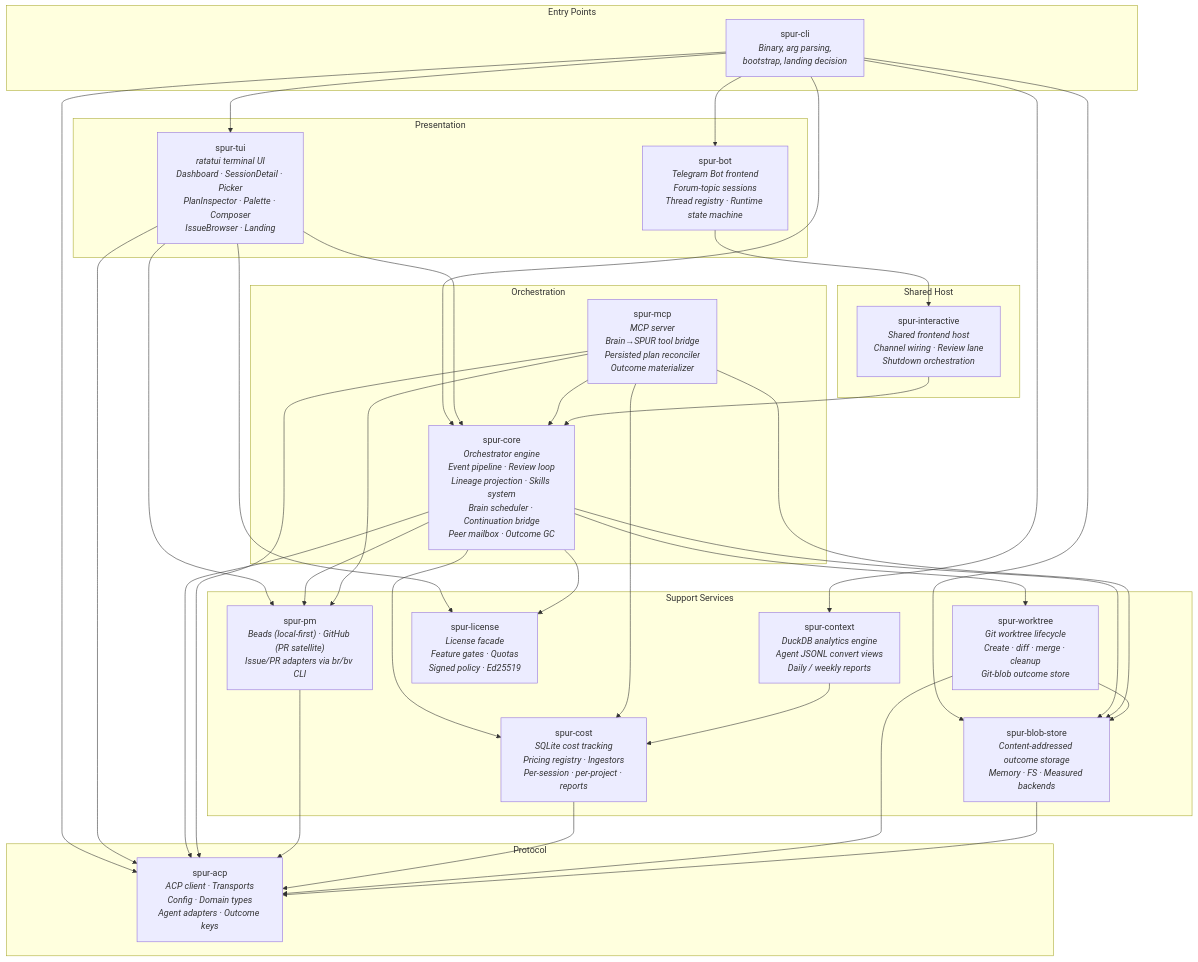
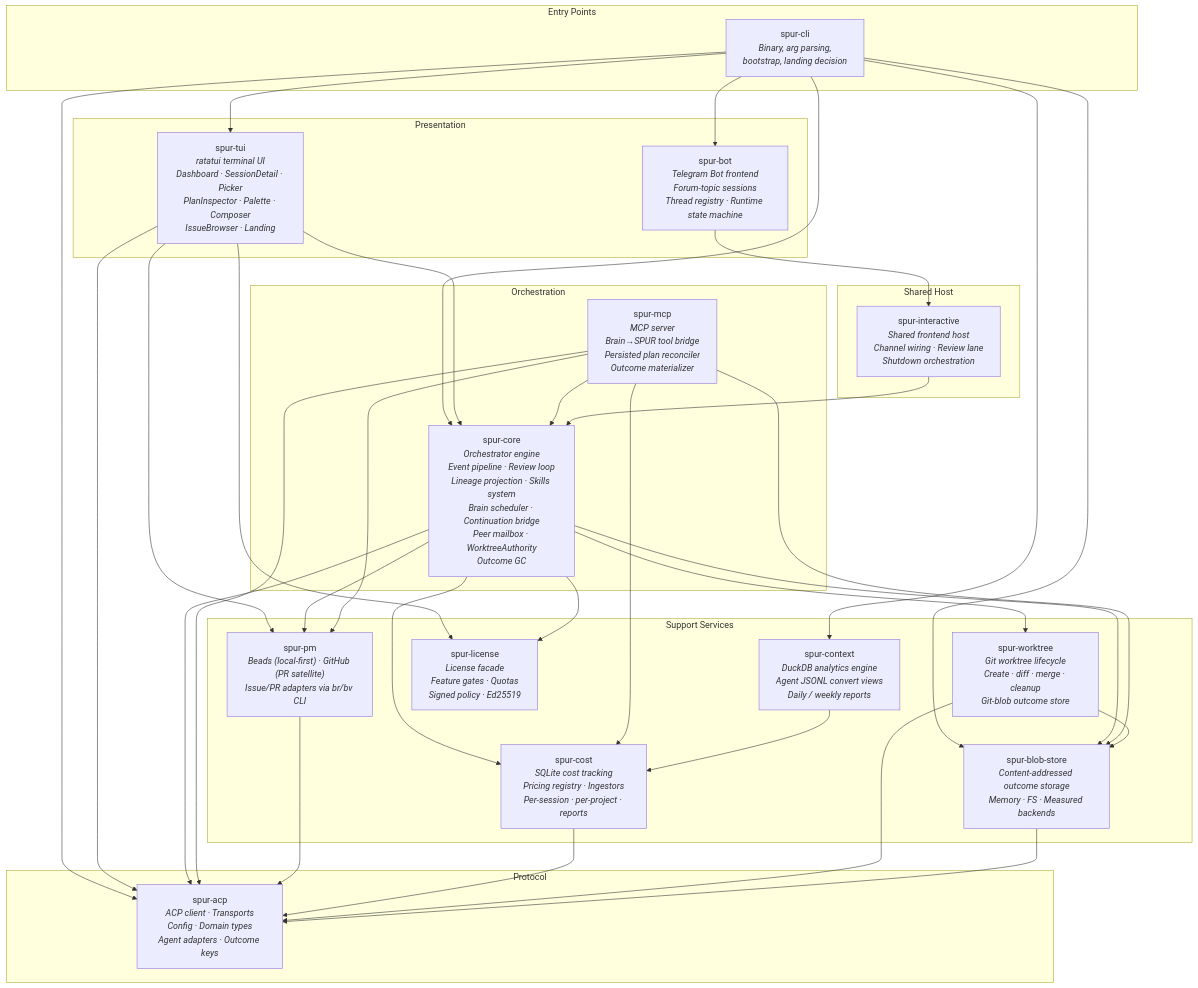
One commit to getspur/spur changed the first of 8 diagrams in docs/architecture.md. Above: the diagram before and after it, drawn with Mermaid. The commit also changed other lines of this file and 1 other file, not shown here.

Commit message:
docs(architecture): bd-arch.26 ground WorktreeAuthority + Risk #4 MCTS evaluation

````diff
--- a/docs/architecture.md
+++ b/docs/architecture.md
@@ -11,63 +11,63 @@
 ```mermaid
 graph TB
     subgraph "Entry Points"
         CLI["spur-cli<br/><i>Binary, arg parsing,<br/>bootstrap, landing decision</i>"]
     end
 
     subgraph "Presentation"
         TUI["spur-tui<br/><i>ratatui terminal UI<br/>Dashboard · SessionDetail · Picker<br/>PlanInspector · Palette · Composer<br/>IssueBrowser · Landing</i>"]
         BOT["spur-bot<br/><i>Telegram Bot frontend<br/>Forum-topic sessions<br/>Thread registry · Runtime state machine</i>"]
     end
 
     subgraph "Orchestration"
-        CORE["spur-core<br/><i>Orchestrator engine<br/>Event pipeline · Review loop<br/>Lineage projection · Skills system<br/>Brain scheduler · Continuation bridge<br/>Peer mailbox · Outcome GC</i>"]
+        CORE["spur-core<br/><i>Orchestrator engine<br/>Event pipeline · Review loop<br/>Lineage projection · Skills system<br/>Brain scheduler · Continuation bridge<br/>Peer mailbox · WorktreeAuthority<br/>Outcome GC</i>"]
         MCP["spur-mcp<br/><i>MCP server<br/>Brain→SPUR tool bridge<br/>Persisted plan reconciler<br/>Outcome materializer</i>"]
     end
 
     subgraph "Protocol"
         ACP["spur-acp<br/><i>ACP client · Transports<br/>Config · Domain types<br/>Agent adapters · Outcome keys</i>"]
     end
 
     subgraph "Support Services"
         PM["spur-pm<br/><i>Beads (local-first) · GitHub (PR satellite)<br/>Issue/PR adapters via br/bv CLI</i>"]
         COST["spur-cost<br/><i>SQLite cost tracking<br/>Pricing registry · Ingestors<br/>Per-session · per-project · reports</i>"]
         WT["spur-worktree<br/><i>Git worktree lifecycle<br/>Create · diff · merge · cleanup<br/>Git-blob outcome store</i>"]
         LICENSE["spur-license<br/><i>License facade<br/>Feature gates · Quotas<br/>Signed policy · Ed25519</i>"]
         BLOB["spur-blob-store<br/><i>Content-addressed outcome storage<br/>Memory · FS · Measured backends</i>"]
         CTX["spur-context<br/><i>DuckDB analytics engine<br/>Agent JSONL convert views<br/>Daily / weekly reports</i>"]
     end
 
     subgraph "Shared Host"
         INTERACTIVE["spur-interactive<br/><i>Shared frontend host<br/>Channel wiring · Review lane<br/>Shutdown orchestration</i>"]
     end
 
     CLI --> CORE
     CLI --> TUI
     CLI --> BOT
     CLI --> ACP
     CLI --> BLOB
     CLI --> CTX
     TUI --> CORE
     TUI --> ACP
     TUI --> LICENSE
     TUI --> PM
     BOT --> INTERACTIVE
     CORE --> ACP
     CORE --> PM
     CORE --> COST
     CORE --> WT
     CORE --> LICENSE
     CORE --> BLOB
     MCP --> ACP
     MCP --> CORE
     MCP --> PM
     MCP --> COST
     MCP --> BLOB
     INTERACTIVE --> CORE
     PM --> ACP
     COST --> ACP
     WT --> BLOB
     WT --> ACP
     BLOB --> ACP
     CTX --> COST
 ```
````
